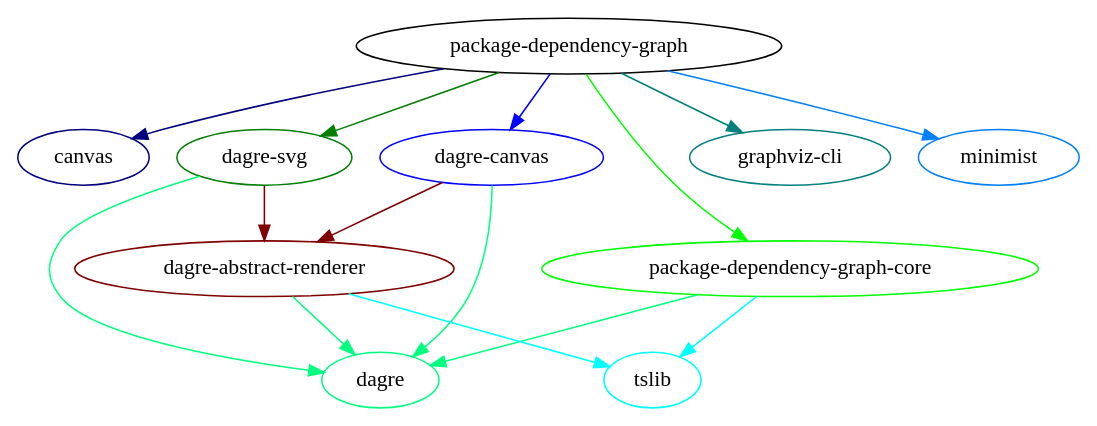
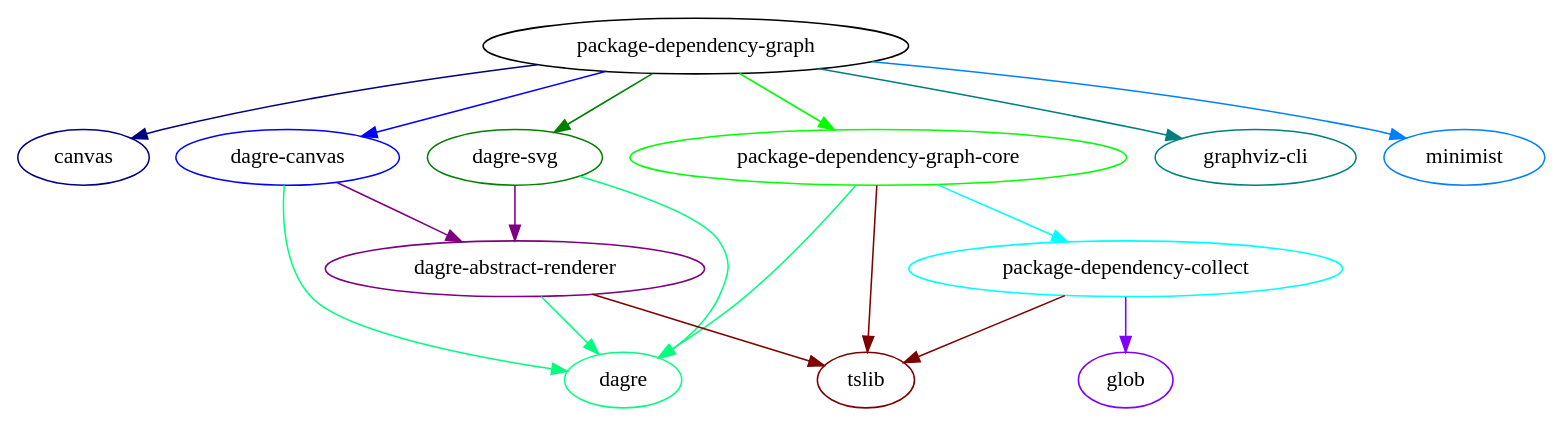
The diagram in spec/result.dot (plantain-00/package-dependency-graph), drawn with Graphviz before and after one commit. The commit also changed 13 other files, not shown here.

```diff
--- a/spec/result.dot
+++ b/spec/result.dot
@@ -1,28 +1,33 @@
 // generated by package-dependency-graph
 digraph {
   package_dependency_graph -> canvas[color = "#00007f"]
   package_dependency_graph -> dagre_canvas[color = "#0000ff"]
   package_dependency_graph -> dagre_svg[color = "#007f00"]
   package_dependency_graph -> graphviz_cli[color = "#007f7f"]
   package_dependency_graph -> minimist[color = "#007fff"]
   package_dependency_graph -> package_dependency_graph_core[color = "#00ff00"]
   package_dependency_graph_core -> dagre[color = "#00ff7f"]
-  package_dependency_graph_core -> tslib[color = "#00ffff"]
+  package_dependency_graph_core -> package_dependency_collect[color = "#00ffff"]
+  package_dependency_graph_core -> tslib[color = "#7f0000"]
   dagre_abstract_renderer -> dagre[color = "#00ff7f"]
-  dagre_abstract_renderer -> tslib[color = "#00ffff"]
+  dagre_abstract_renderer -> tslib[color = "#7f0000"]
   dagre_canvas -> dagre[color = "#00ff7f"]
-  dagre_canvas -> dagre_abstract_renderer[color = "#7f0000"]
+  dagre_canvas -> dagre_abstract_renderer[color = "#7f007f"]
   dagre_svg -> dagre[color = "#00ff7f"]
-  dagre_svg -> dagre_abstract_renderer[color = "#7f0000"]
+  dagre_svg -> dagre_abstract_renderer[color = "#7f007f"]
+  package_dependency_collect -> glob[color = "#7f00ff"]
+  package_dependency_collect -> tslib[color = "#7f0000"]
 
   package_dependency_graph[label = "package-dependency-graph", color = "#000000"]
   canvas[label = "canvas", color = "#00007f"]
   dagre_canvas[label = "dagre-canvas", color = "#0000ff"]
   dagre_svg[label = "dagre-svg", color = "#007f00"]
   graphviz_cli[label = "graphviz-cli", color = "#007f7f"]
   minimist[label = "minimist", color = "#007fff"]
   package_dependency_graph_core[label = "package-dependency-graph-core", color = "#00ff00"]
   dagre[label = "dagre", color = "#00ff7f"]
-  tslib[label = "tslib", color = "#00ffff"]
-  dagre_abstract_renderer[label = "dagre-abstract-renderer", color = "#7f0000"]
+  package_dependency_collect[label = "package-dependency-collect", color = "#00ffff"]
+  tslib[label = "tslib", color = "#7f0000"]
+  dagre_abstract_renderer[label = "dagre-abstract-renderer", color = "#7f007f"]
+  glob[label = "glob", color = "#7f00ff"]
 }
```
